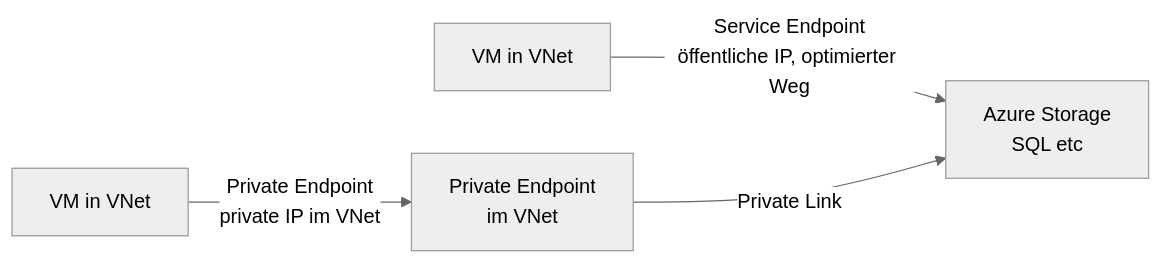
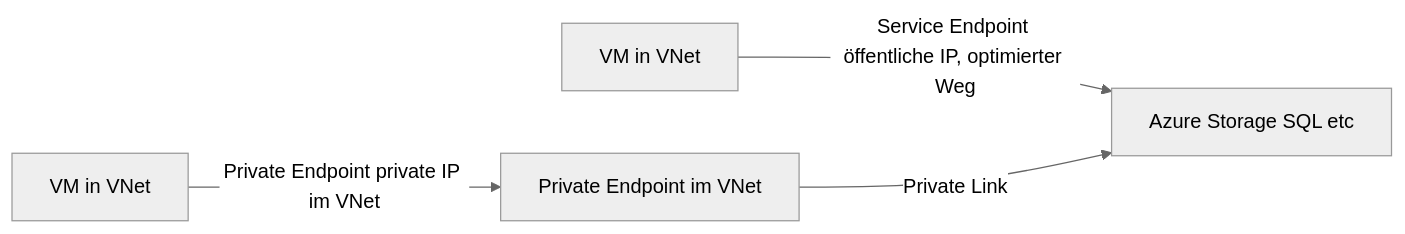
The third of 6 diagrams in Microsoft 365/Azure/Netzwerk/Azure Virtual Network.md (SoniiiT/notes-n-docs), drawn with Mermaid (neutral theme) before and after one commit. The commit also changed other lines of this file and 124 other files, not shown here.

First line of the commit message:
fix: Entferne \n aus allen Mermaid-Diagrammen (125 Dateien)

````diff
--- a/Microsoft 365/Azure/Netzwerk/Azure Virtual Network.md
+++ b/Microsoft 365/Azure/Netzwerk/Azure Virtual Network.md
@@ -122,6 +122,6 @@
 ```mermaid
 graph LR
-    VM[VM in VNet] -->|Service Endpoint\nöffentliche IP, optimierter Weg| PaaS[Azure Storage\nSQL etc]
-    VM2[VM in VNet] -->|Private Endpoint\nprivate IP im VNet| PE[Private Endpoint\nim VNet]
+    VM[VM in VNet] -->|Service Endpoint öffentliche IP, optimierter Weg| PaaS[Azure Storage SQL etc]
+    VM2[VM in VNet] -->|Private Endpoint private IP im VNet| PE[Private Endpoint im VNet]
     PE -->|Private Link| PaaS
 ```
````
